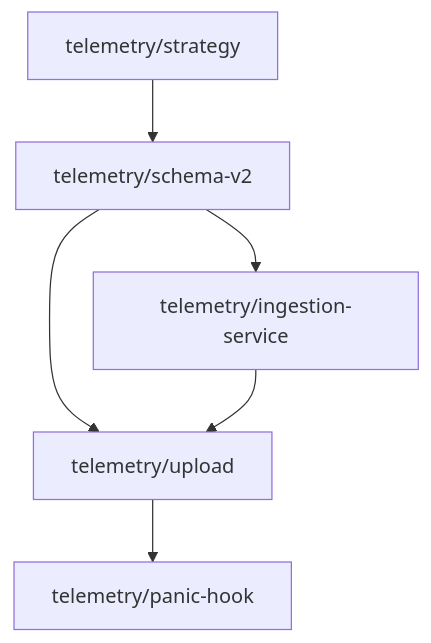
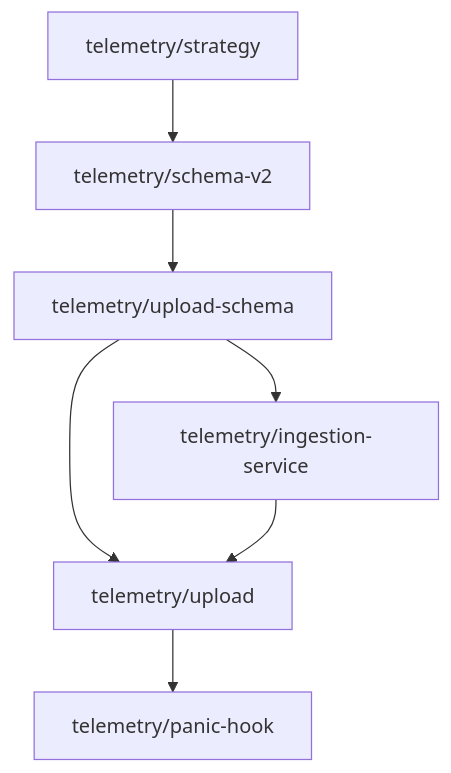
One commit to lix42/hanten changed the diagram in docs/telemetry-strategy.md. Above: the diagram before and after it, drawn with Mermaid. The commit also changed other lines of this file and 16 other files, not shown here.

First line of the commit message:
Record typed success and failure telemetry events (telemetry/schema-v2)

````diff
--- a/docs/telemetry-strategy.md
+++ b/docs/telemetry-strategy.md
@@ -685,8 +697,9 @@
 ```mermaid
 graph TD
   telemetry/strategy --> telemetry/schema-v2
-  telemetry/schema-v2 --> telemetry/ingestion-service
-  telemetry/schema-v2 --> telemetry/upload
+  telemetry/schema-v2 --> telemetry/upload-schema
+  telemetry/upload-schema --> telemetry/ingestion-service
+  telemetry/upload-schema --> telemetry/upload
   telemetry/ingestion-service --> telemetry/upload
   telemetry/upload --> telemetry/panic-hook
 ```
````
